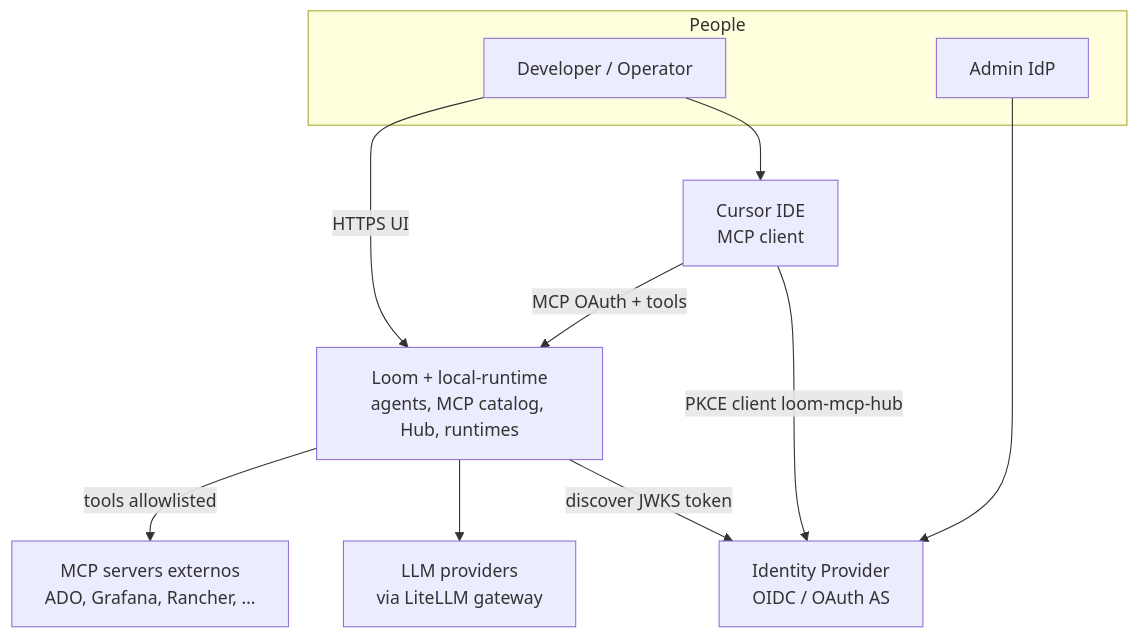
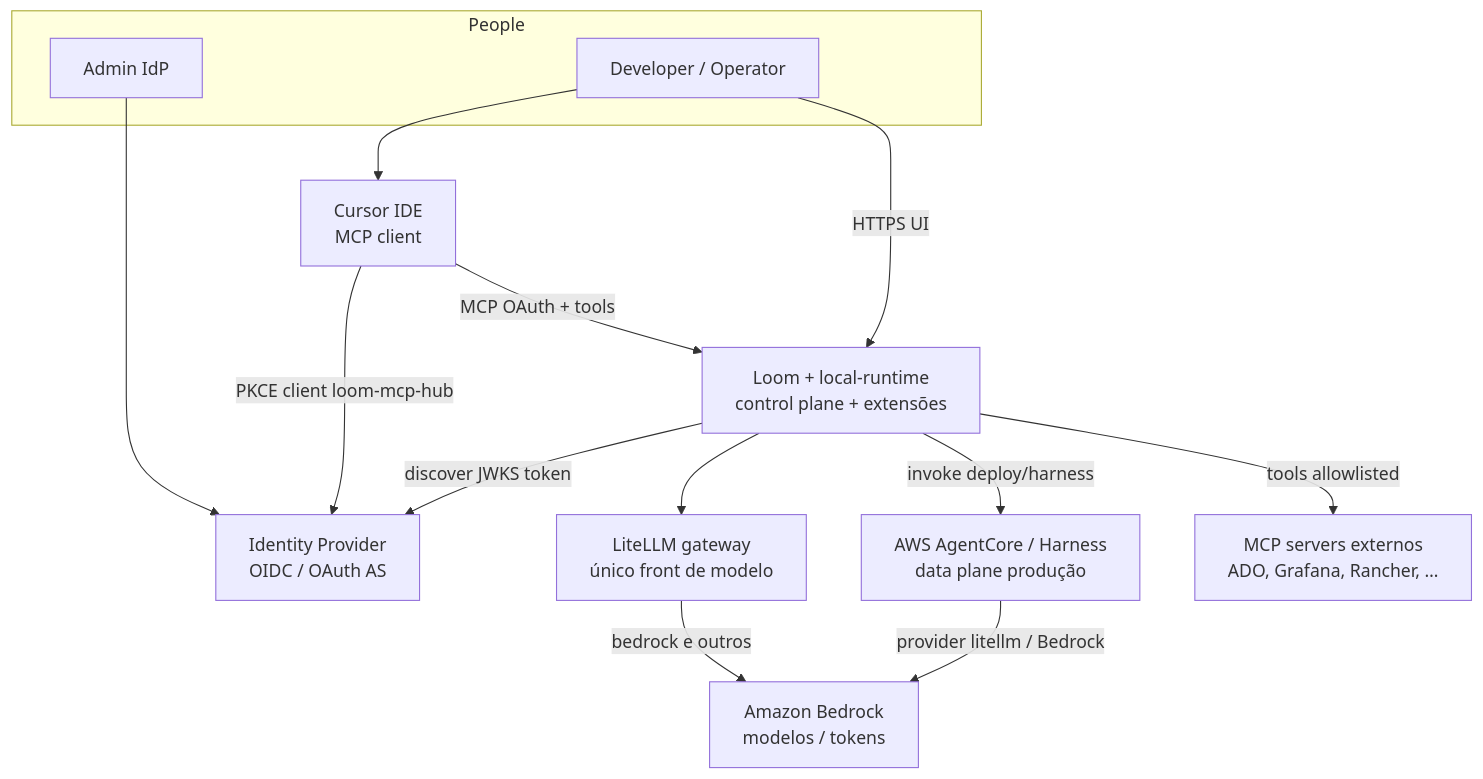
Before and after one commit to awslabs/loom: the first of 8 diagrams in local-runtime/docs/guide/architecture.md, drawn with Mermaid. The commit also changed other lines of this file, not shown here.

First line of the commit message:
docs(architecture): restore AgentCore and Bedrock as extended paths

````diff
--- a/local-runtime/docs/guide/architecture.md
+++ b/local-runtime/docs/guide/architecture.md
@@ -30,23 +37,28 @@
 ```mermaid
 flowchart TB
   subgraph People
     DEV[Developer / Operator]
     ADM[Admin IdP]
   end
 
-  SYS[Loom + local-runtime<br/>agents, MCP catalog, Hub, runtimes]
+  SYS[Loom + local-runtime<br/>control plane + extensões]
 
   IDP[Identity Provider<br/>OIDC / OAuth AS]
   IDE[Cursor IDE<br/>MCP client]
-  LLM[LLM providers<br/>via LiteLLM gateway]
+  AC[AWS AgentCore / Harness<br/>data plane produção]
+  BR[Amazon Bedrock<br/>modelos / tokens]
+  LLMGW[LiteLLM gateway<br/>único front de modelo]
   MCPX[MCP servers externos<br/>ADO, Grafana, Rancher, …]
 
   DEV -->|HTTPS UI| SYS
   DEV --> IDE
   IDE -->|MCP OAuth + tools| SYS
   SYS -->|discover JWKS token| IDP
   IDE -->|PKCE client loom-mcp-hub| IDP
   ADM --> IDP
-  SYS --> LLM
+  SYS -->|invoke deploy/harness| AC
+  SYS --> LLMGW
+  AC -->|provider litellm / Bedrock| BR
+  LLMGW -->|bedrock e outros| BR
   SYS -->|tools allowlisted| MCPX
 ```
````
